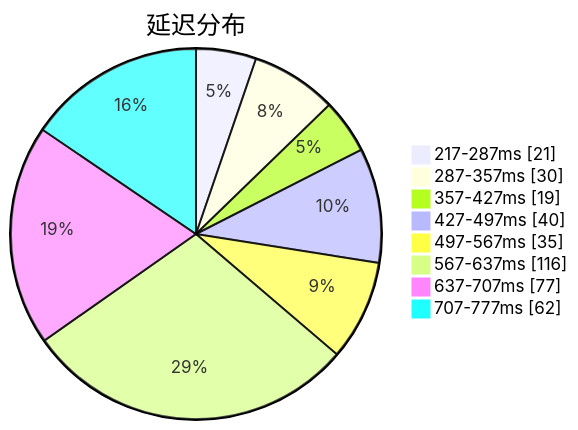
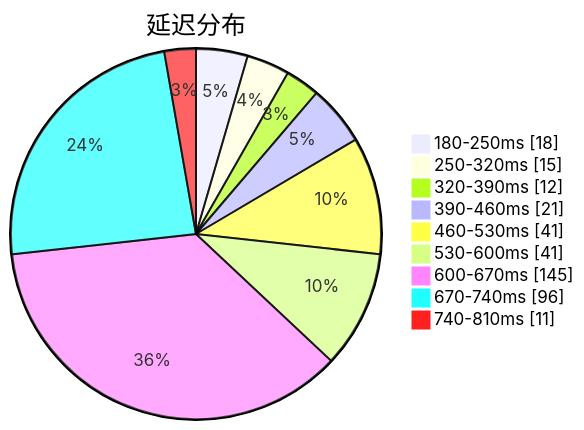
The first of 3 diagrams in subs/statistics/tested_within.md (qjlxg/airport), drawn with Mermaid before and after one commit. The commit also changed other lines of this file and 2 other files, not shown here.

````diff
--- a/subs/statistics/tested_within.md
+++ b/subs/statistics/tested_within.md
@@ -2,12 +2,13 @@
 ```mermaid
 pie showData
 title 延迟分布
-"217-287ms" : 21
-"287-357ms" : 30
-"357-427ms" : 19
-"427-497ms" : 40
-"497-567ms" : 35
-"567-637ms" : 116
-"637-707ms" : 77
-"707-777ms" : 62
+"180-250ms" : 18
+"250-320ms" : 15
+"320-390ms" : 12
+"390-460ms" : 21
+"460-530ms" : 41
+"530-600ms" : 41
+"600-670ms" : 145
+"670-740ms" : 96
+"740-810ms" : 11
 ```
````
